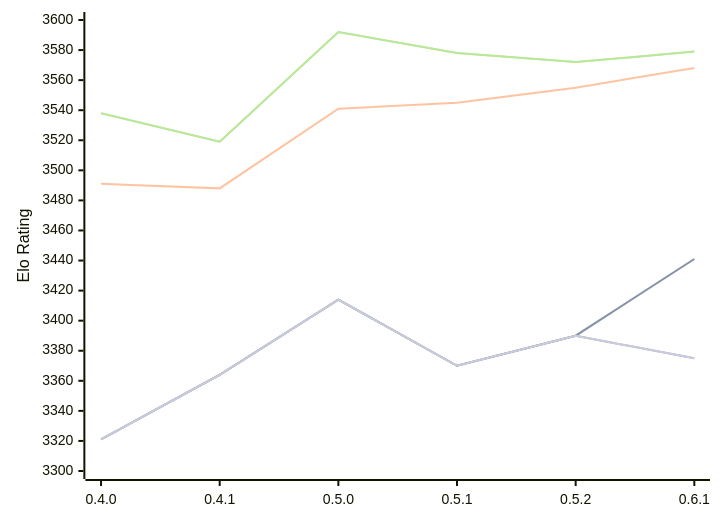
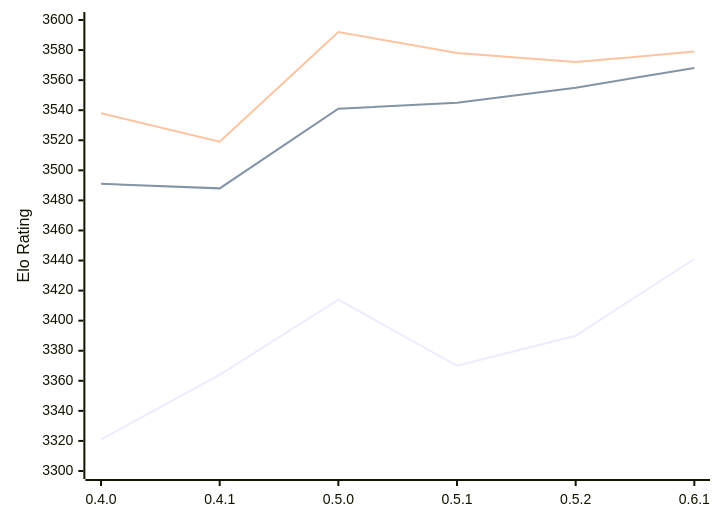
Before and after one commit to computer-chess-index/cci: the diagram in engines/Cinder.md, drawn with Mermaid. The commit also changed other lines of this file, not shown here.

````diff
--- a/engines/Cinder.md
+++ b/engines/Cinder.md
@@ -52,13 +52,9 @@
 ```mermaid
 %%{init: {"theme":"base","themeVariables":{"seriesColors:['#a3a3a3','#222221','#faa371']}}}%%
 xychart-beta
   x-axis ["0.4.0", "0.4.1", "0.5.0", "0.5.1", "0.5.2", "0.6.1"]
   y-axis "Elo Rating" 3300 --> 3600
-  line "" [3321, 3364, 3414, 3370, 3390, 3441]
   line "T1: STC (8.0+0.08s)" [3321, 3364, 3414, 3370, 3390, 3441]
   line "T1: LTC (60.0+0.60s)" [3491, 3488, 3541, 3545, 3555, 3568]
-  line "" [3538, 3519, 3592, 3578, 3572, 3579]
   line "T1: VLTC (2m24s+1.12s)" [3538, 3519, 3592, 3578, 3572, 3579]
-  line "" [3321, 3364, 3414, 3370, 3390,3375]
-  line "E1: STC (8.0+0.08s)" [3321, 3364, 3414, 3370, 3390,3375]
 ```
````
